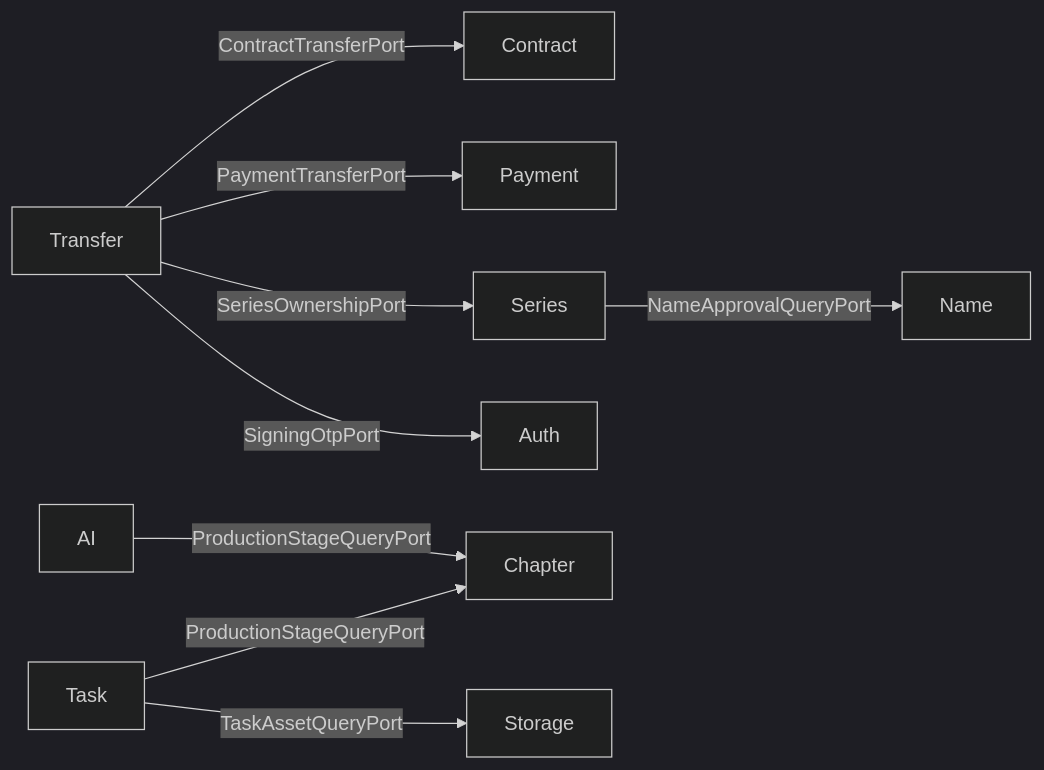
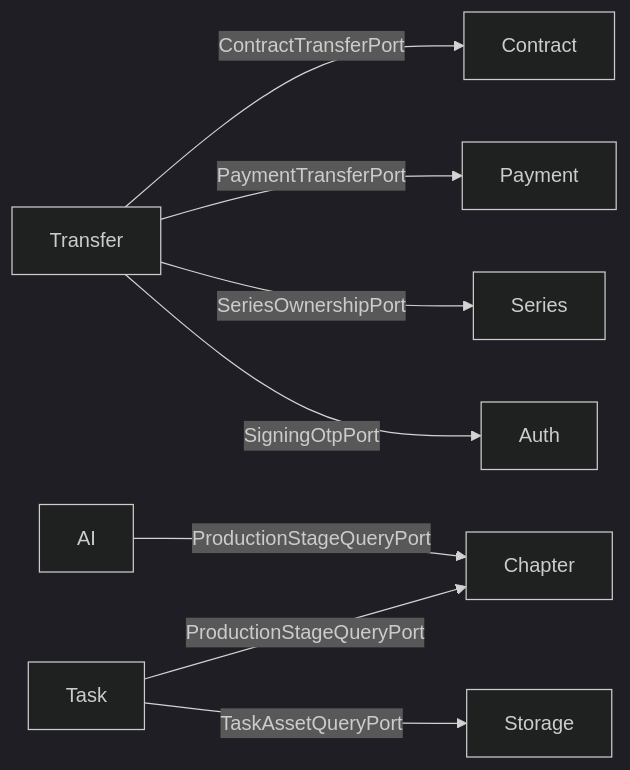
One commit to WDP301-SU26-GR2/BE-dev changed the fourth of 4 diagrams in ARCHITECTURE.md. Above: the diagram before and after it, drawn with Mermaid (dark theme). The commit also changed other lines of this file and 134 other files, not shown here.

Commit message:
fix: flow create series-proposal

````diff
--- a/ARCHITECTURE.md
+++ b/ARCHITECTURE.md
@@ -626,11 +627,10 @@
 ```mermaid
 graph LR
   Transfer -->|ContractTransferPort| Contract
   Transfer -->|PaymentTransferPort| Payment
   Transfer -->|SeriesOwnershipPort| Series
   Transfer -->|SigningOtpPort| Auth
   Task -->|ProductionStageQueryPort| Chapter
   Task -->|TaskAssetQueryPort| Storage
   AI -->|ProductionStageQueryPort| Chapter
-  Series -->|NameApprovalQueryPort| Name
 ```
````
